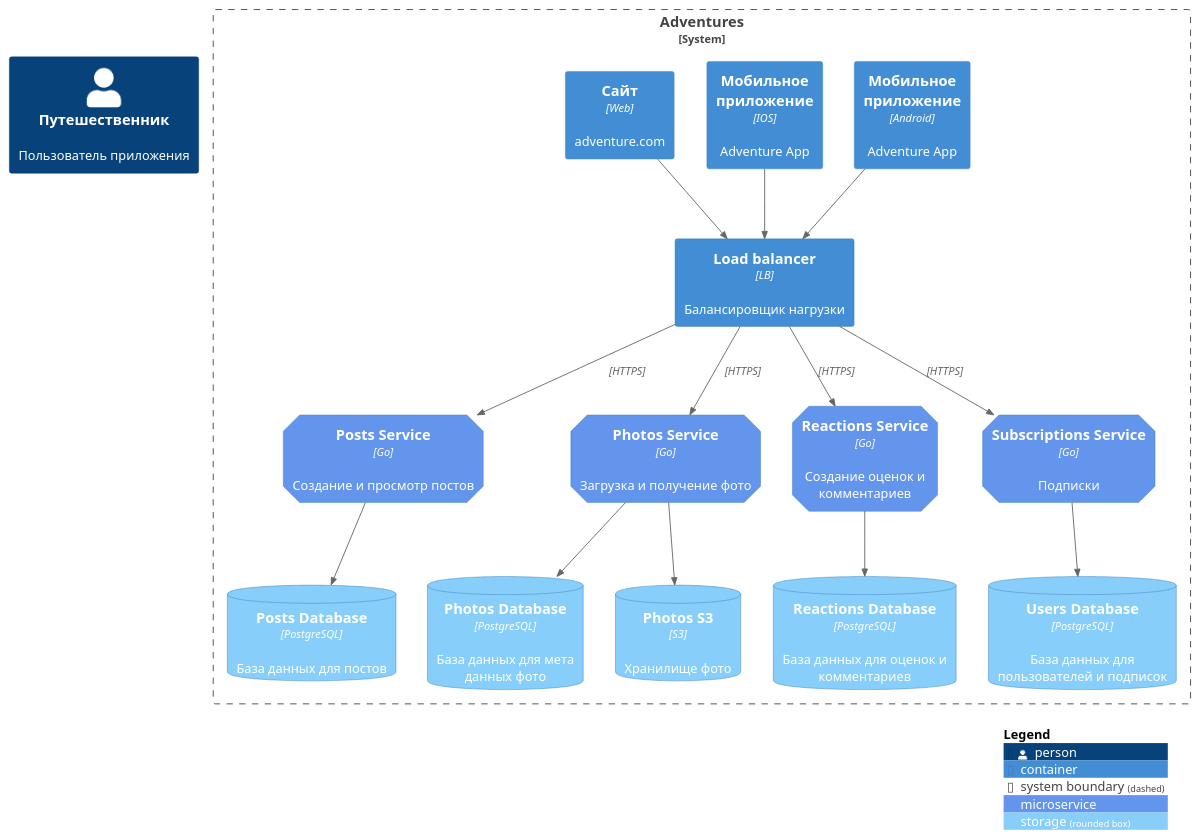
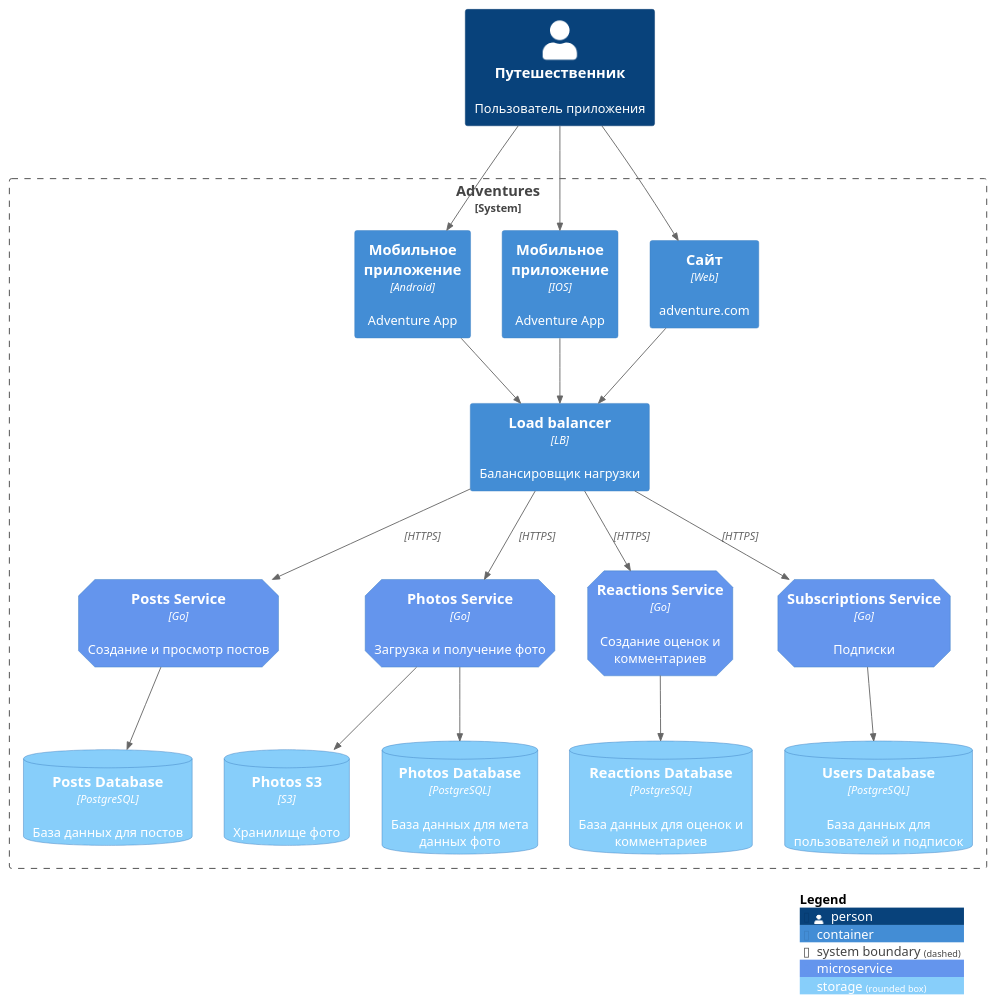
Before and after one commit to elizavetamikhailova/social_network_system_design: the diagram in architecture/containers.md, drawn with PlantUML.

```diff
--- a/architecture/containers.md
+++ b/architecture/containers.md
@@ -1,48 +1,52 @@
 @startuml
 !include https://raw.githubusercontent.com/plantuml-stdlib/C4-PlantUML/master/C4_Container.puml
 
 AddElementTag("microService", $shape=EightSidedShape(), $bgColor="CornflowerBlue", $fontColor="white", $legendText="microservice")
 AddElementTag("storage", $shape=RoundedBoxShape(), $bgColor="lightSkyBlue", $fontColor="white")
 
 Person(user, "Путешественник", "Пользователь приложения")
 
 System_Boundary(c, "Adventures") {
    Container(appAndroid, "Мобильное приложение", "Android", "Adventure App")
    Container(appIOS, "Мобильное приложение", "IOS", "Adventure App")
    Container(web, "Сайт", "Web", "adventure.com")
    Container(loadBalancer, "Load balancer", "LB", "Балансировщик нагрузки")
 
    Container(posts, "Posts Service", "Go", "Создание и просмотр постов", $tags = "microService")      
    ContainerDb(posts_db, "Posts Database", "PostgreSQL", "База данных для постов", $tags = "storage")      
 
    Container(photos, "Photos Service", "Go", "Загрузка и получение фото", $tags = "microService")      
    ContainerDb(photos_db, "Photos Database", "PostgreSQL", "База данных для мета данных фото", $tags = "storage")
    ContainerDb(photos_storage, "Photos S3", "S3", "Хранилище фото", $tags = "storage")      
    
    Container(reactions, "Reactions Service", "Go", "Создание оценок и комментариев", $tags = "microService")      
    ContainerDb(reactions_db, "Reactions Database", "PostgreSQL", "База данных для оценок и комментариев", $tags = "storage") 
    
    Container(subscriptions, "Subscriptions Service", "Go", "Подписки", $tags = "microService")      
    ContainerDb(users_db, "Users Database", "PostgreSQL", "База данных для пользователей и подписок", $tags = "storage")
 }
 
+Rel(user, appAndroid, "", "")
+Rel(user, appIOS, "", "")
+Rel(user, web, "", "")
+
 Rel(appAndroid, loadBalancer, "", "")
 Rel(appIOS, loadBalancer, "", "")
 Rel(web, loadBalancer, "", "")
 
 Rel(loadBalancer, posts, "", "HTTPS")
 Rel(posts, posts_db, "", "")
 
 Rel(loadBalancer, photos, "", "HTTPS")
 Rel(photos, photos_db, "", "")
 Rel(photos, photos_storage, "", "")
 
 Rel(loadBalancer, reactions, "", "HTTPS")
 Rel(reactions, reactions_db, "", "")
 
 Rel(loadBalancer, subscriptions, "", "HTTPS")
 Rel(subscriptions, users_db, "", "")
 
 
 SHOW_LEGEND()
 @enduml
```
